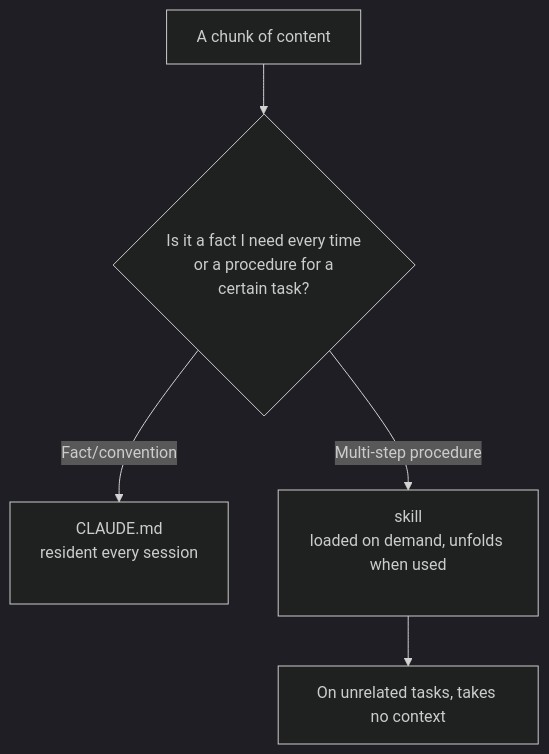
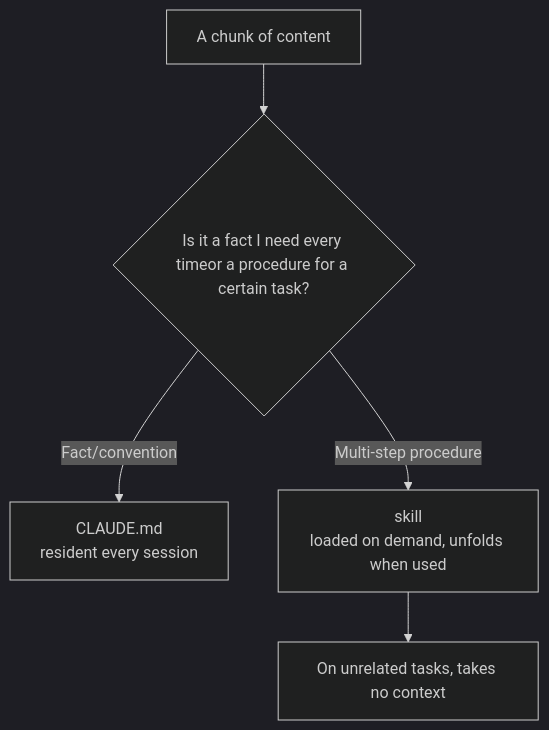
One commit to XuebinMa/AIWiki changed the diagram in i18n/en/docusaurus-plugin-content-docs/current/00-setup-collaboration/process-in-claudemd-not-skill.mdx. Above: the diagram before and after it, drawn with Mermaid (dark theme). The commit also changed 99 other files, not shown here.

First line of the commit message:
fix(mermaid): 全局根治节点文字裁切（htmlLabels:false + 清理 br/nbsp 占位）(#26)

````diff
--- a/i18n/en/docusaurus-plugin-content-docs/current/00-setup-collaboration/process-in-claudemd-not-skill.mdx
+++ b/i18n/en/docusaurus-plugin-content-docs/current/00-setup-collaboration/process-in-claudemd-not-skill.mdx
@@ -60,7 +60,7 @@
 ```mermaid
 flowchart TD
-    A[A chunk of content] --> B{Is it a fact I need every time<br/>&nbsp;or a procedure for a certain task?}
-    B -->|Fact/convention| C[CLAUDE.md<br/>resident every session<br/>&nbsp;]
-    B -->|Multi-step procedure| D[skill<br/>loaded on demand, unfolds when used<br/>&nbsp;]
+    A[A chunk of content] --> B{Is it a fact I need every timeor a procedure for a certain task?}
+    B -->|Fact/convention| C[CLAUDE.md<br/>resident every session]
+    B -->|Multi-step procedure| D[skill<br/>loaded on demand, unfolds when used]
     D --> E[On unrelated tasks, takes no context]
 ```
````
